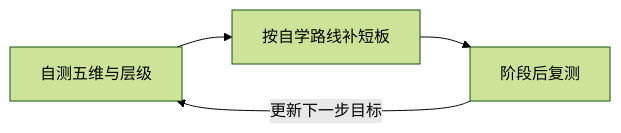
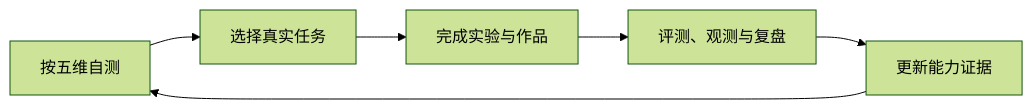
One commit to AI-PM-Wiki/AIPM changed the sixth of 6 diagrams in docs/intro/capability.md. Above: the diagram before and after it, drawn with Mermaid (forest theme). The commit also changed other lines of this file and 26 other files, not shown here.

````diff
--- a/docs/intro/capability.md
+++ b/docs/intro/capability.md
@@ -247,6 +246,8 @@
 ```mermaid
 flowchart LR
-    assess[自测五维与层级] --> learn[按自学路线补短板]
-    learn --> reassess[阶段后复测]
-    reassess -->|更新下一步目标| assess
+    assess[按五维自测] --> choose[选择真实任务]
+    choose --> build[完成实验与作品]
+    build --> evaluate[评测、观测与复盘]
+    evaluate --> reassess[更新能力证据]
+    reassess --> assess
 ```
````
